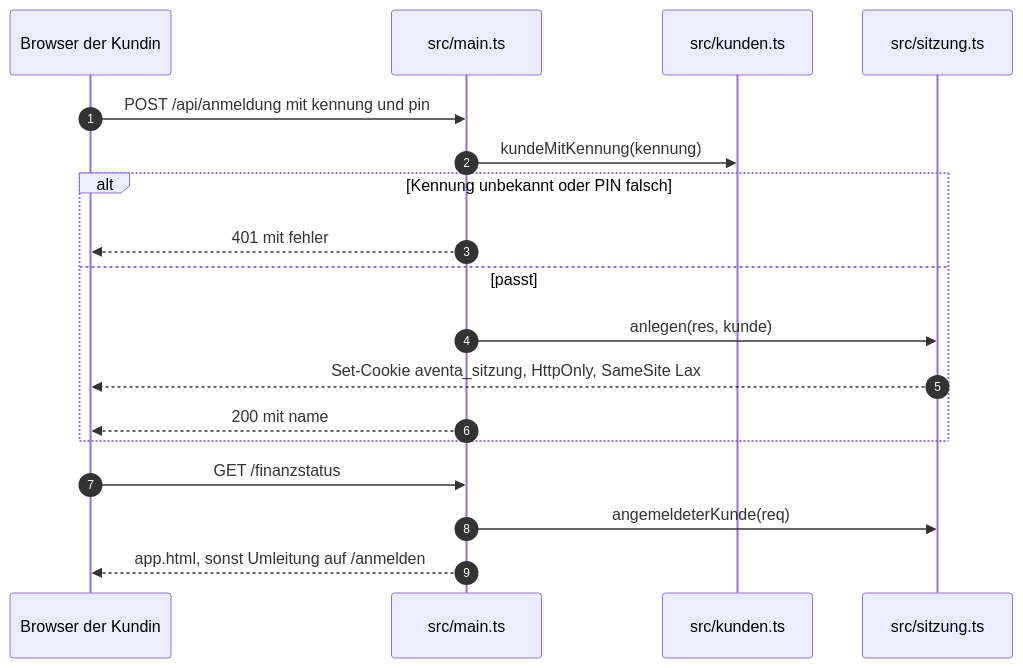
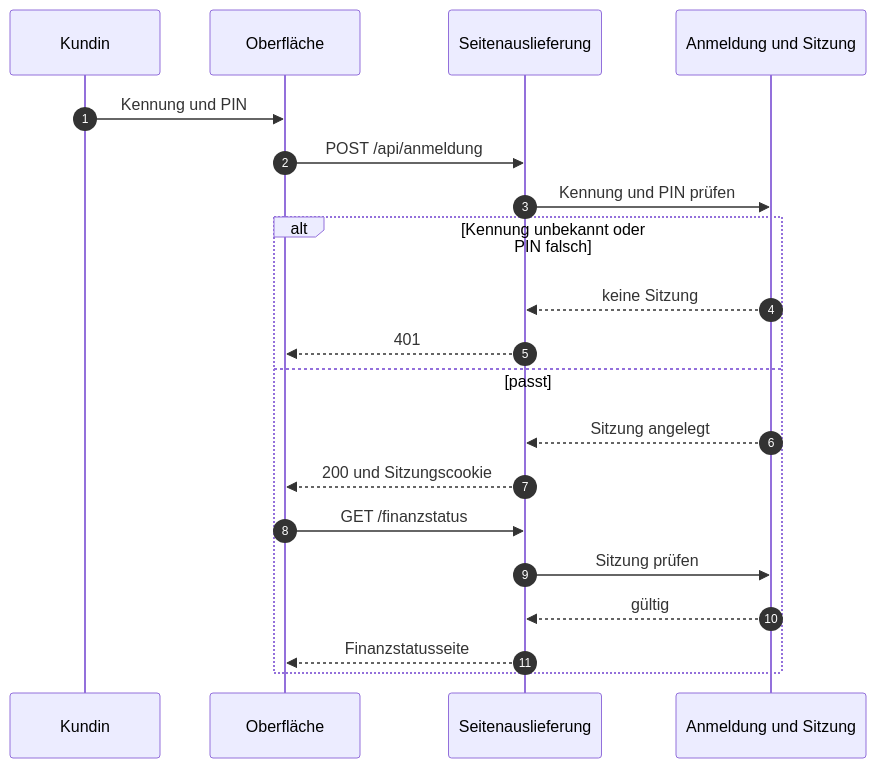
One commit to dakn85/online-banking changed the fourth of 6 diagrams in docs/architecture.md. Above: the diagram before and after it, drawn with Mermaid. The commit also changed other lines of this file and 1 other file, not shown here.

First line of the commit message:
PK-5: KI-Vorschlag übernommen: Architektur: alle arc42-Abschnitte auf Architekturebene neu schreiben

````diff
--- a/docs/architecture.md
+++ b/docs/architecture.md
@@ -107,20 +107,22 @@
 ```mermaid
 sequenceDiagram
     autonumber
-    participant Browser as Browser der Kundin
-    participant Dienst as src/main.ts
-    participant Kunden as src/kunden.ts
-    participant Sitzung as src/sitzung.ts
-    Browser->>Dienst: POST /api/anmeldung mit kennung und pin
-    Dienst->>Kunden: kundeMitKennung(kennung)
+    participant Kundin
+    participant Oberflaeche as Oberfläche
+    participant Seiten as Seitenauslieferung
+    participant Sitzung as Anmeldung und Sitzung
+    Kundin->>Oberflaeche: Kennung und PIN
+    Oberflaeche->>Seiten: POST /api/anmeldung
+    Seiten->>Sitzung: Kennung und PIN prüfen
     alt Kennung unbekannt oder PIN falsch
-        Dienst-->>Browser: 401 mit fehler
+        Sitzung-->>Seiten: keine Sitzung
+        Seiten-->>Oberflaeche: 401
     else passt
-        Dienst->>Sitzung: anlegen(res, kunde)
-        Sitzung-->>Browser: Set-Cookie aventa_sitzung, HttpOnly, SameSite Lax
-        Dienst-->>Browser: 200 mit name
+        Sitzung-->>Seiten: Sitzung angelegt
+        Seiten-->>Oberflaeche: 200 und Sitzungscookie
+        Oberflaeche->>Seiten: GET /finanzstatus
+        Seiten->>Sitzung: Sitzung prüfen
+        Sitzung-->>Seiten: gültig
+        Seiten-->>Oberflaeche: Finanzstatusseite
     end
-    Browser->>Dienst: GET /finanzstatus
-    Dienst->>Sitzung: angemeldeterKunde(req)
-    Dienst-->>Browser: app.html, sonst Umleitung auf /anmelden
 ```
````
